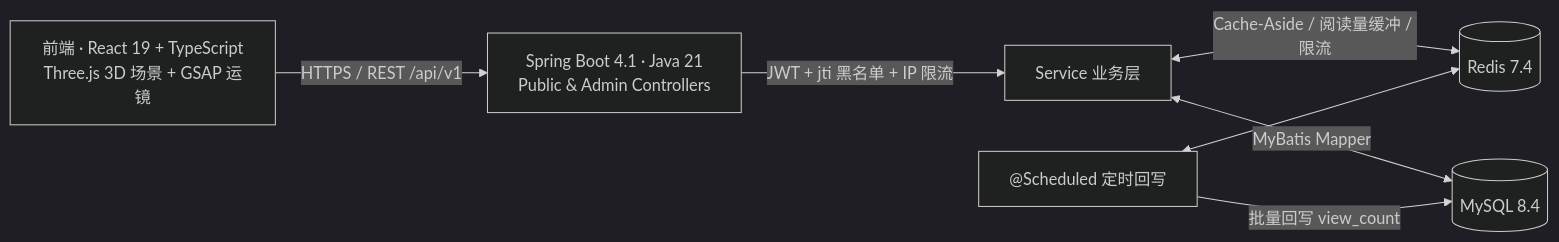
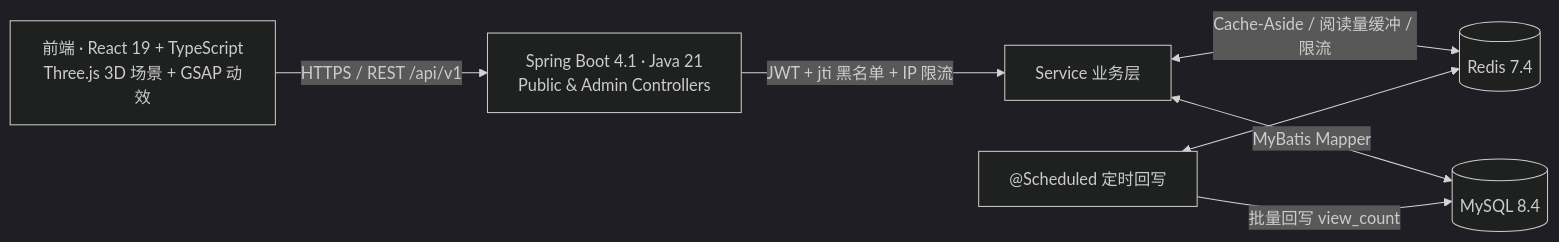
Before and after one commit to element-17/element_17-website: the diagram in README.md, drawn with Mermaid (dark theme). The commit also changed other lines of this file, not shown here.

````diff
--- a/README.md
+++ b/README.md
@@ -56,9 +56,9 @@
 ```mermaid
 flowchart LR
-    FE["前端 · React 19 + TypeScript<br/>Three.js 3D 场景 + GSAP 运镜"] -->|HTTPS / REST /api/v1| API["Spring Boot 4.1 · Java 21<br/>Public & Admin Controllers"]
+    FE["前端 · React 19 + TypeScript<br/>Three.js 3D 场景 + GSAP 动效"] -->|HTTPS / REST /api/v1| API["Spring Boot 4.1 · Java 21<br/>Public & Admin Controllers"]
     API -->|JWT + jti 黑名单 + IP 限流| SVC["Service 业务层"]
     SVC <-->|Cache-Aside / 阅读量缓冲 / 限流| REDIS[("Redis 7.4")]
     SVC <-->|MyBatis Mapper| MYSQL[("MySQL 8.4")]
     JOB["@Scheduled 定时回写"] <--> REDIS
     JOB -->|批量回写 view_count| MYSQL
 ```
````
